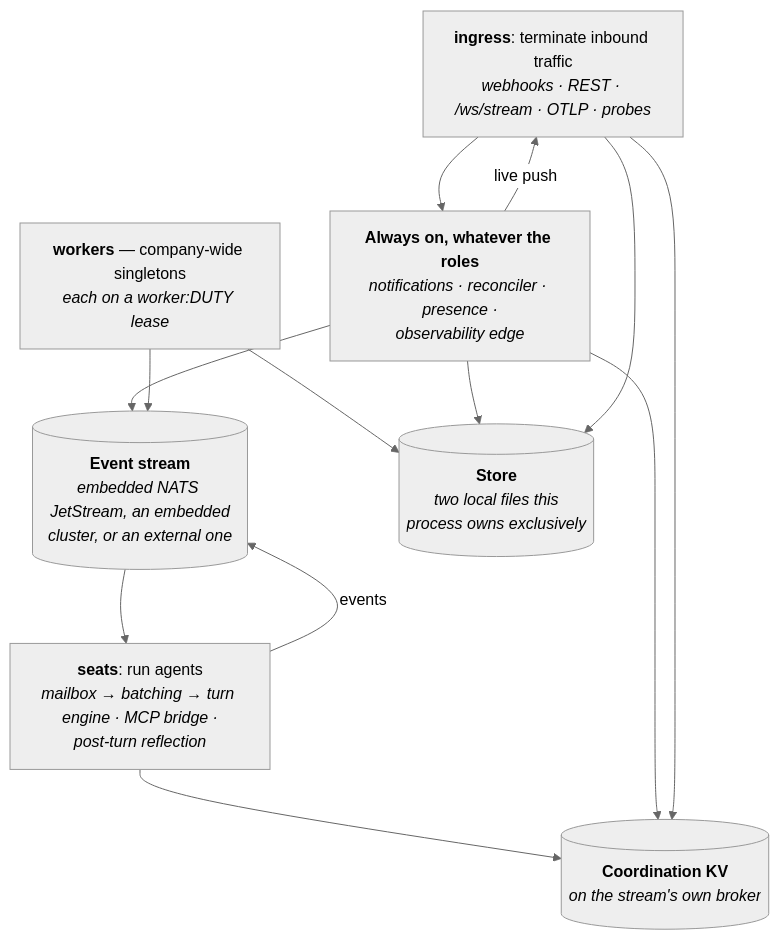
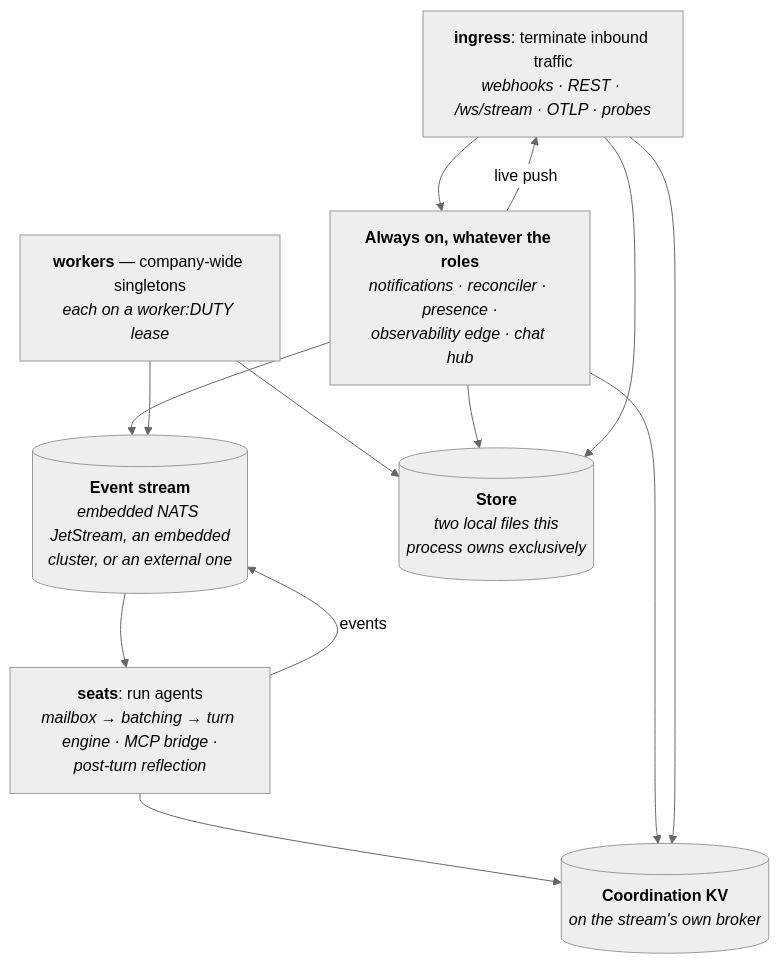
The third of 10 diagrams in docs/concepts/architecture.md (crewlet/crewlet), drawn with Mermaid (neutral theme) before and after one commit. The commit also changed other lines of this file and 39 other files, not shown here.

````diff
--- a/docs/concepts/architecture.md
+++ b/docs/concepts/architecture.md
@@ -113,21 +113,21 @@
 ```mermaid
 flowchart TB
     ING["<b>ingress</b>: terminate inbound traffic<br/><i>webhooks · REST · /ws/stream · OTLP · probes</i>"]
-    ALWAYS["<b>Always on, whatever the roles</b><br/><i>notifications · reconciler · presence ·<br/>observability edge</i>"]
+    ALWAYS["<b>Always on, whatever the roles</b><br/><i>notifications · reconciler · presence ·<br/>observability edge · chat hub</i>"]
     SEATS["<b>seats</b>: run agents<br/><i>mailbox → batching → turn engine · MCP bridge ·<br/>post-turn reflection</i>"]
     WORK["<b>workers</b> — company-wide singletons<br/><i>each on a worker:DUTY lease</i>"]
     STREAM[("<b>Event stream</b><br/><i>embedded NATS JetStream, an embedded<br/>cluster, or an external one</i>")]
     KV[("<b>Coordination KV</b><br/><i>on the stream's own broker</i>")]
     DB[("<b>Store</b><br/><i>two local files this<br/>process owns exclusively</i>")]
 
     ING --> ALWAYS --> STREAM --> SEATS
     SEATS -->|events| STREAM
     SEATS --> KV
     WORK --> STREAM
     WORK --> DB
     ALWAYS -->|"live push"| ING
     ALWAYS --> KV
     ALWAYS --> DB
     ING --> KV
     ING --> DB
 ```
````
